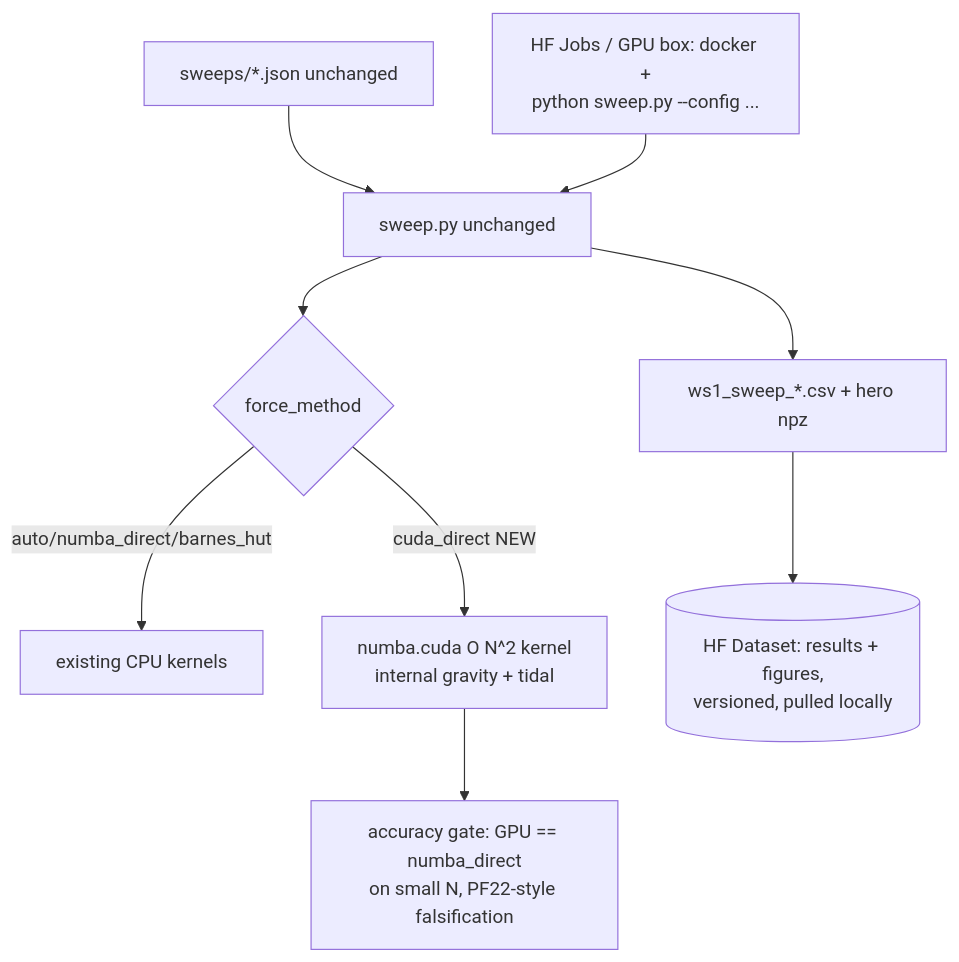
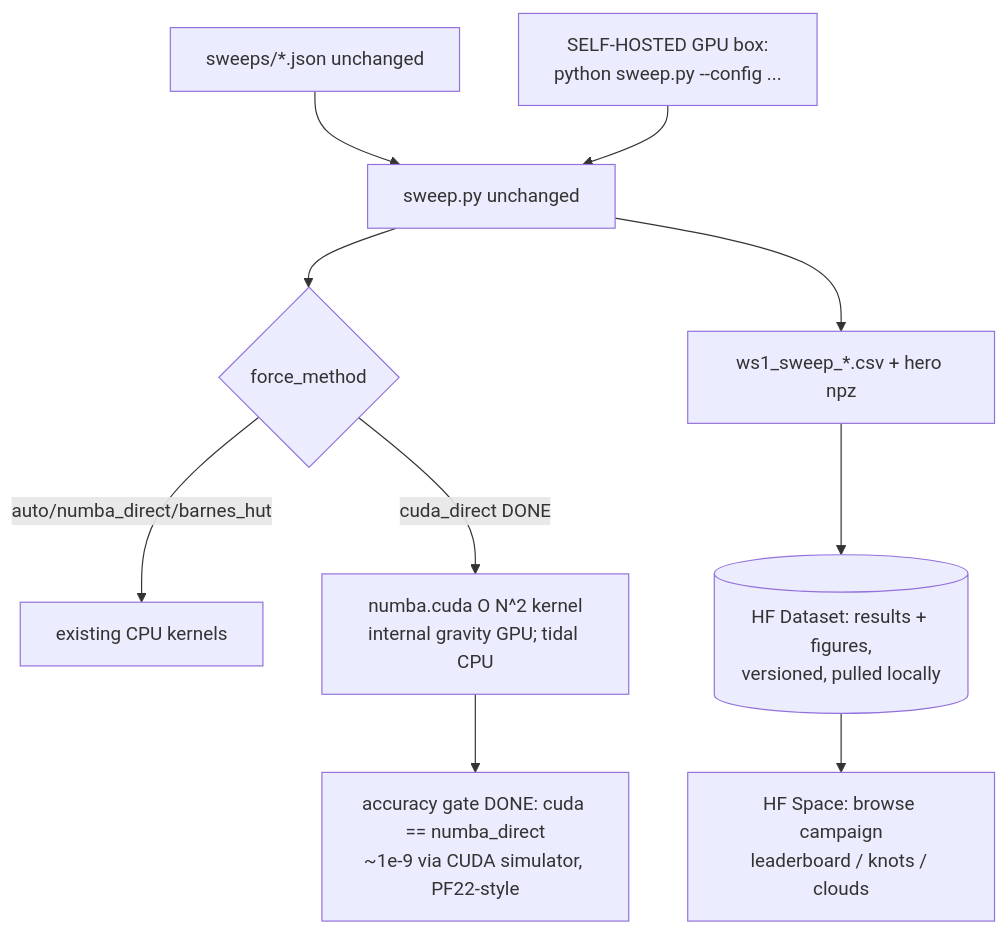
Before and after one commit to MartinGamsby/ProgenitorNodeModelCosmology: the diagram in lode/plans/scale-out-gpu-hf.md, drawn with Mermaid. The commit also changed other lines of this file and 4 other files, not shown here.

First line of the commit message:
ws7(gpu): force_method=cuda_direct numba.cuda direct-sum kernel + gate

````diff
--- a/lode/plans/scale-out-gpu-hf.md
+++ b/lode/plans/scale-out-gpu-hf.md
@@ -17,11 +42,12 @@
 ```mermaid
 graph TD
     CFG[sweeps/*.json unchanged] --> SW[sweep.py unchanged]
     SW --> FM{force_method}
     FM -- auto/numba_direct/barnes_hut --> CPU[existing CPU kernels]
-    FM -- cuda_direct NEW --> CUDA[numba.cuda O N^2 kernel<br/>internal gravity + tidal]
-    CUDA --> GATE[accuracy gate: GPU == numba_direct<br/>on small N, PF22-style falsification]
+    FM -- cuda_direct DONE --> CUDA[numba.cuda O N^2 kernel<br/>internal gravity GPU; tidal CPU]
+    CUDA --> GATE[accuracy gate DONE: cuda == numba_direct<br/>~1e-9 via CUDA simulator, PF22-style]
     SW --> CSV[ws1_sweep_*.csv + hero npz]
     CSV --> HFDS[(HF Dataset: results + figures,<br/>versioned, pulled locally)]
-    JOB[HF Jobs / GPU box: docker +<br/>python sweep.py --config ...] --> SW
+    HFDS --> SPACE[HF Space: browse campaign<br/>leaderboard / knots / clouds]
+    JOB[SELF-HOSTED GPU box:<br/>python sweep.py --config ...] --> SW
 ```
````
